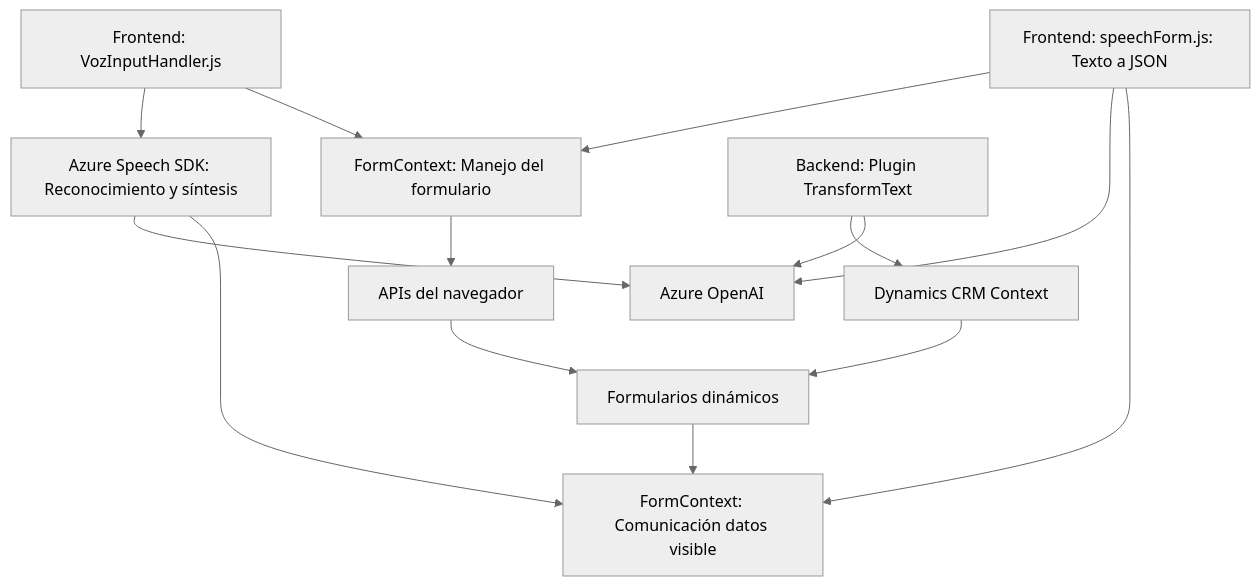
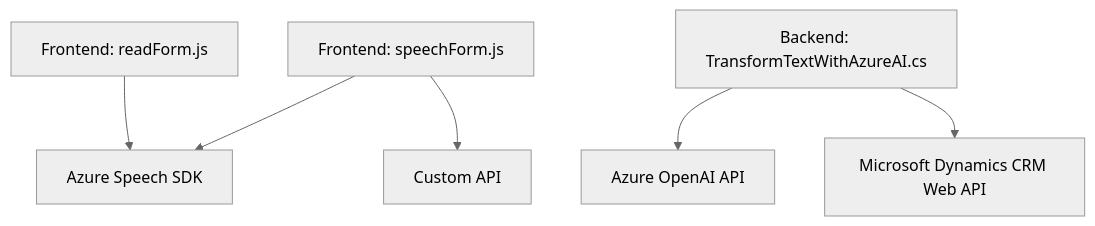
The diagram in README.md (blopezdm/NETCORE_BILBAO2025), drawn with Mermaid (neutral theme) before and after one commit. The commit also changed other lines of this file, not shown here.

````diff
--- a/README.md
+++ b/README.md
@@ -34,19 +46,16 @@
 ```mermaid
 graph TD
-    A["Frontend: VozInputHandler.js"] --> B["Azure Speech SDK: Reconocimiento y síntesis"]
-    A --> C["FormContext: Manejo del formulario"]
-    B --> D["Servicios Azure Speech"]
-    C --> E["APIs del navegador"]
-    E --> J["Manejo de campos visibles"]
-    B --> F["FormContext: Comunicación datos visible"]
-    
-    G["Frontend: speechForm.js: Texto a JSON"] --> C
-    G --> D
-    G --> F
+    A["Frontend: readForm.js"]
+    B["Frontend: speechForm.js"]
+    C["Backend: TransformTextWithAzureAI.cs"]
+    D["Azure Speech SDK"]
+    E["Azure OpenAI API"]
+    F["Microsoft Dynamics CRM Web API"]
+    G["Custom API"]
 
-    H["Backend: Plugin TransformText"] --> I["Dynamics CRM Context"]
-    H --> D["Azure OpenAI"]
-
-    I --> J["Formularios dinámicos"]
-    J --> F
+    A --> D
+    B --> D
+    B --> G
+    C --> E
+    C --> F
 ```
````
